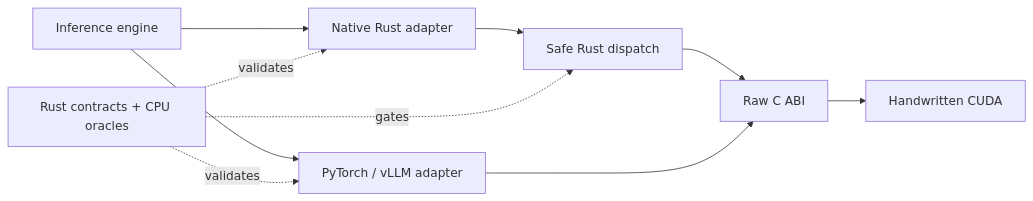
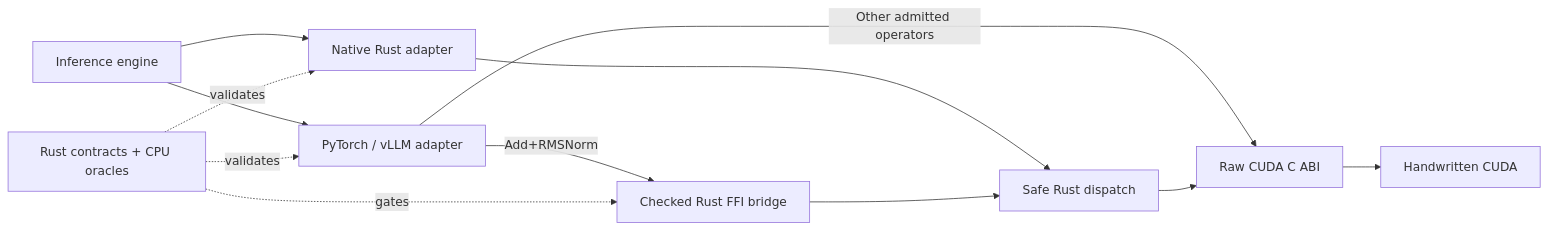
The diagram in README.md (feichai0017/orbitkv), drawn with Mermaid before and after one commit. The commit also changed other lines of this file and 22 other files, not shown here.

Commit message:
feat(runtime): route Add+RMSNorm through Rust bridge

````diff
--- a/README.md
+++ b/README.md
@@ -57,12 +57,14 @@
 ```mermaid
 flowchart LR
-    A["Inference engine"] --> B["Native Rust adapter"]
+    A["Inference engine"] --> N["Native Rust adapter"]
     A --> P["PyTorch / vLLM adapter"]
-    B --> C["Safe Rust dispatch"]
-    C --> D["Raw C ABI"]
-    P --> D
-    D --> E["Handwritten CUDA"]
-    F["Rust contracts + CPU oracles"] -. validates .-> B
-    F -. gates .-> C
+    P -- "Add+RMSNorm" --> B["Checked Rust FFI bridge"]
+    P -- "Other admitted operators" --> C["Raw CUDA C ABI"]
+    N --> R["Safe Rust dispatch"]
+    B --> R
+    R --> C
+    C --> D["Handwritten CUDA"]
+    F["Rust contracts + CPU oracles"] -. validates .-> N
+    F -. gates .-> B
     F -. validates .-> P
 ```
````
